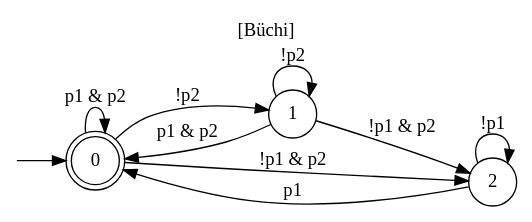
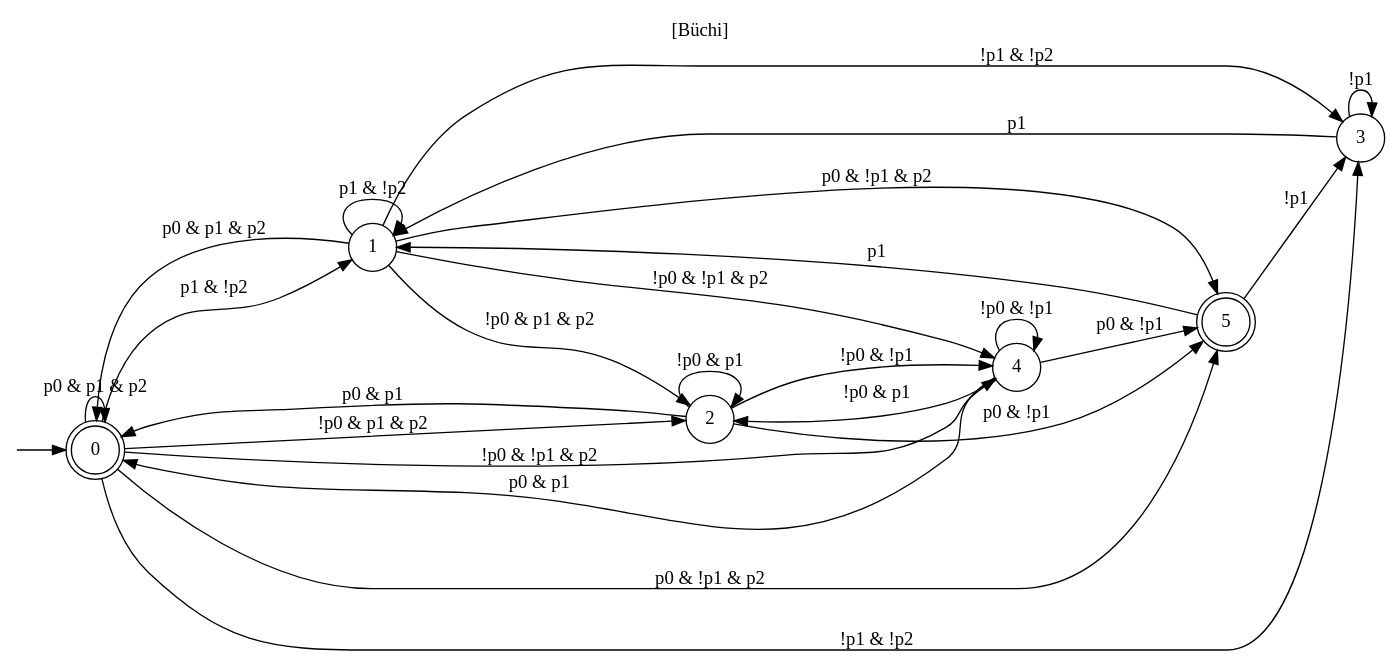
The diagram in MCTB-PDT/output/buchi_automaton.dot (jrourke48/HMRTA_with_Multi-Capability_Robots), drawn with Graphviz before and after one commit. The commit also changed 59 other files, not shown here.

```diff
--- a/MCTB-PDT/output/buchi_automaton.dot
+++ b/MCTB-PDT/output/buchi_automaton.dot
@@ -1,19 +1,38 @@
 digraph "" {
   rankdir=LR
   label="[Büchi]"
   labelloc="t"
   node [shape="circle"]
   I [label="", style=invis, width=0]
   I -> 0
   0 [label="0", peripheries=2]
-  0 -> 0 [label="p1 & p2"]
-  0 -> 1 [label="!p2"]
-  0 -> 2 [label="!p1 & p2"]
+  0 -> 0 [label="p0 & p1 & p2"]
+  0 -> 1 [label="p1 & !p2"]
+  0 -> 2 [label="!p0 & p1 & p2"]
+  0 -> 3 [label="!p1 & !p2"]
+  0 -> 4 [label="!p0 & !p1 & p2"]
+  0 -> 5 [label="p0 & !p1 & p2"]
   1 [label="1"]
-  1 -> 0 [label="p1 & p2"]
-  1 -> 1 [label="!p2"]
-  1 -> 2 [label="!p1 & p2"]
+  1 -> 0 [label="p0 & p1 & p2"]
+  1 -> 1 [label="p1 & !p2"]
+  1 -> 2 [label="!p0 & p1 & p2"]
+  1 -> 3 [label="!p1 & !p2"]
+  1 -> 4 [label="!p0 & !p1 & p2"]
+  1 -> 5 [label="p0 & !p1 & p2"]
   2 [label="2"]
-  2 -> 0 [label="p1"]
-  2 -> 2 [label="!p1"]
+  2 -> 0 [label="p0 & p1"]
+  2 -> 2 [label="!p0 & p1"]
+  2 -> 4 [label="!p0 & !p1"]
+  2 -> 5 [label="p0 & !p1"]
+  3 [label="3"]
+  3 -> 1 [label="p1"]
+  3 -> 3 [label="!p1"]
+  4 [label="4"]
+  4 -> 0 [label="p0 & p1"]
+  4 -> 2 [label="!p0 & p1"]
+  4 -> 4 [label="!p0 & !p1"]
+  4 -> 5 [label="p0 & !p1"]
+  5 [label="5", peripheries=2]
+  5 -> 1 [label="p1"]
+  5 -> 3 [label="!p1"]
 }
```
